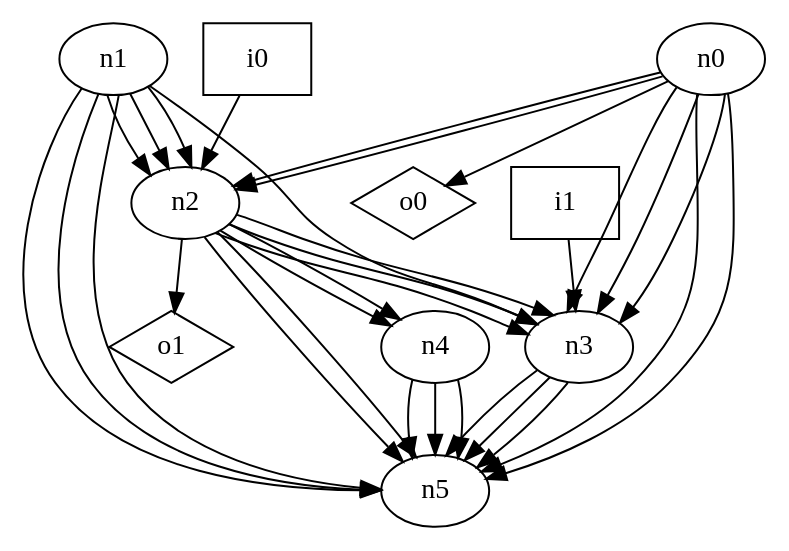
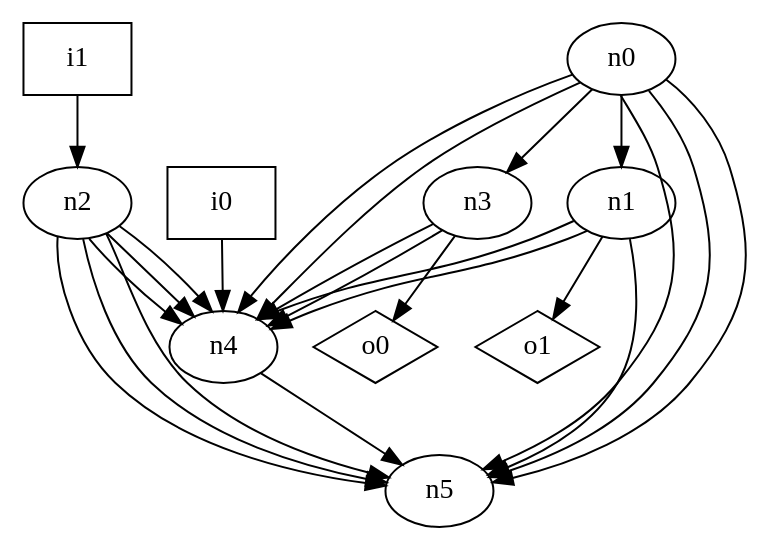
The diagram in dot_files/random_graph/DAG_loop_free_graph.dot (p9romain/bool-circuits), drawn with Graphviz before and after one commit. The commit also changed 47 other files, not shown here.

```diff
--- a/dot_files/random_graph/DAG_loop_free_graph.dot
+++ b/dot_files/random_graph/DAG_loop_free_graph.dot
@@ -1,43 +1,35 @@
 digraph G {
 n0 [label="n0"];
 n1 [label="n1"];
 n2 [label="n2"];
 n3 [label="n3"];
 n4 [label="n4"];
 n5 [label="n5"];
 n6 [label="i0",shape="box"];
 n7 [label="i1",shape="box"];
 n8 [label="o0",shape="diamond"];
 n9 [label="o1",shape="diamond"];
-n0 -> n2
-n0 -> n2
+n0 -> n1
 n0 -> n3
-n0 -> n3
-n0 -> n3
+n0 -> n4
+n0 -> n4
 n0 -> n5
 n0 -> n5
-n0 -> n8
-n1 -> n2
-n1 -> n2
-n1 -> n2
-n1 -> n3
+n0 -> n5
+n1 -> n4
+n1 -> n4
 n1 -> n5
-n1 -> n5
-n1 -> n5
-n2 -> n3
-n2 -> n3
-n2 -> n3
+n1 -> n9
+n2 -> n4
 n2 -> n4
 n2 -> n4
 n2 -> n5
 n2 -> n5
-n2 -> n9
-n3 -> n5
-n3 -> n5
-n3 -> n5
+n2 -> n5
+n3 -> n4
+n3 -> n4
+n3 -> n8
 n4 -> n5
-n4 -> n5
-n4 -> n5
-n6 -> n2
-n7 -> n3
+n6 -> n4
+n7 -> n2
 }
```
